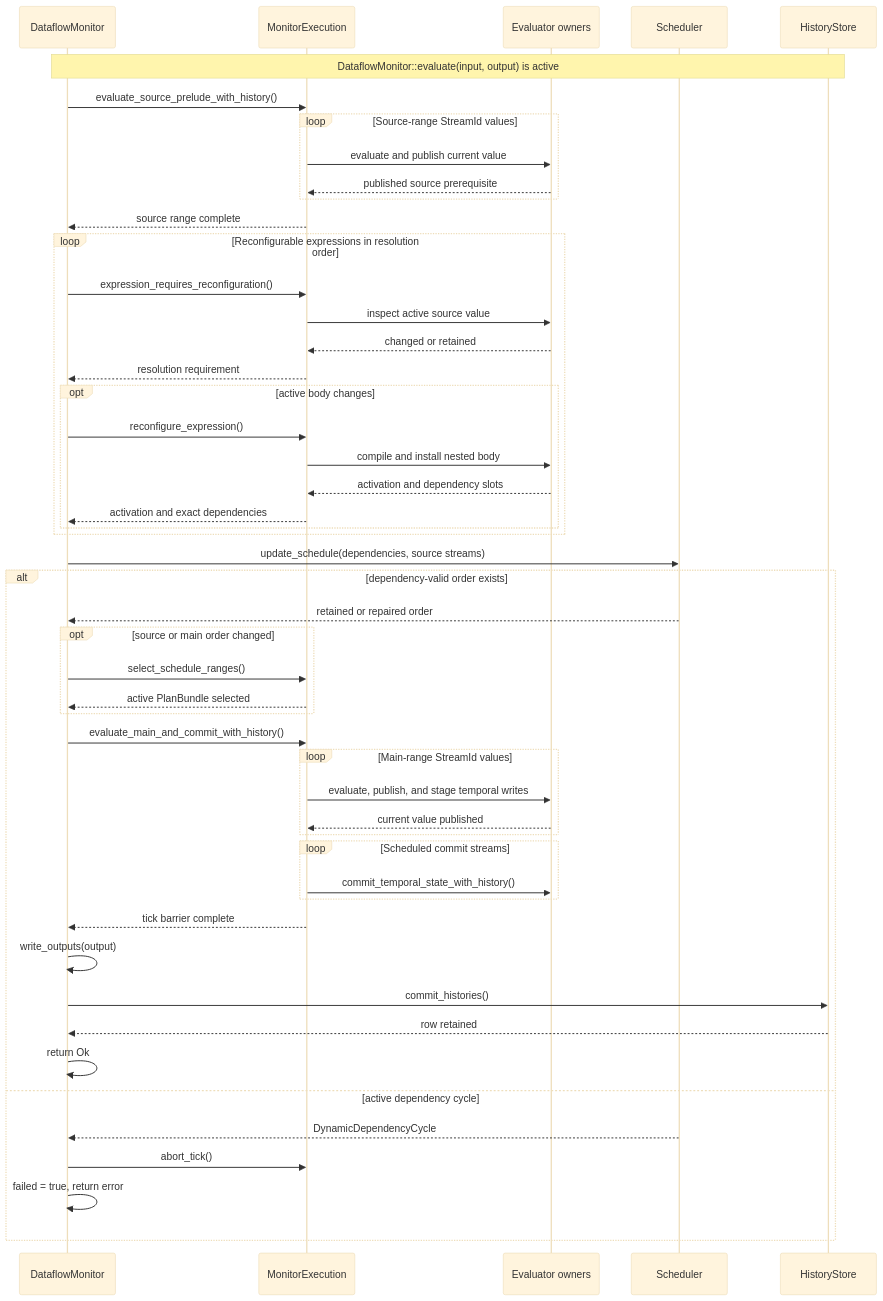
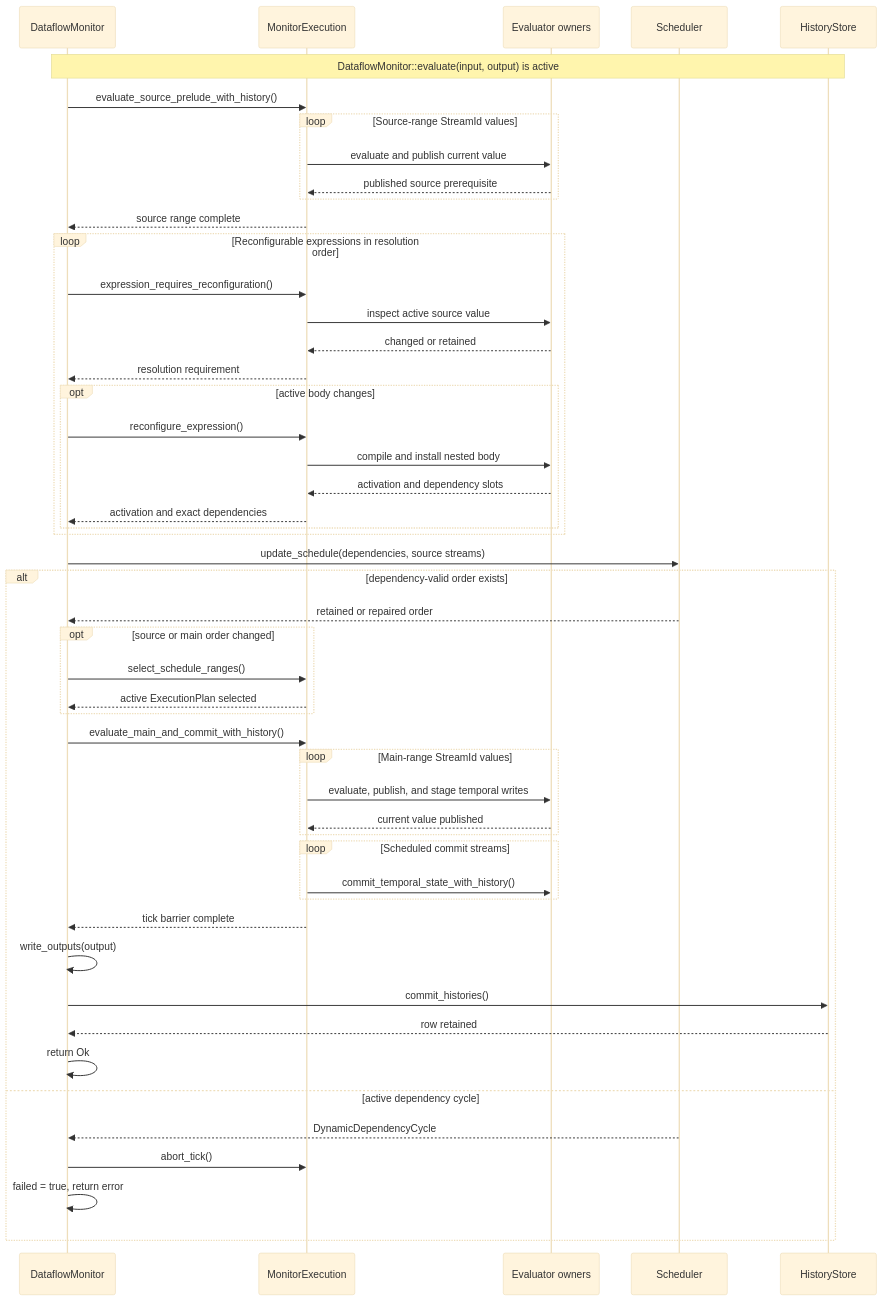
Before and after one commit to INTO-CPS-Association/robosapiens-trustworthiness-checker: the diagram in docs/src/architecture/dataflow/tick-execution.md, drawn with Mermaid (base theme). The commit also changed other lines of this file and 64 other files, not shown here.

Commit message:
Document dataflow architecture and execution contracts

````diff
--- a/docs/src/architecture/dataflow/tick-execution.md
+++ b/docs/src/architecture/dataflow/tick-execution.md
@@ -45,56 +45,56 @@
 ```mermaid
 sequenceDiagram
     accTitle: One reconfigurable DataflowMonitor evaluation
     accDescr: A caller asks DataflowMonitor to evaluate one row. MonitorExecution evaluates the source range through stable Evaluator owners. DataflowMonitor resolves nested bodies and asks Scheduler to validate or repair the active order. MonitorExecution then evaluates the disjoint main range and commits evaluator temporal state. Only after that success does DataflowMonitor project outputs and commit HistoryStore values. A dynamic cycle aborts the tick and makes the monitor terminal.
 
     participant monitor as DataflowMonitor
     participant execution as MonitorExecution
     participant evaluator as Evaluator owners
     participant scheduler as Scheduler
     participant history as HistoryStore
 
     Note over monitor,history: DataflowMonitor::evaluate(input, output) is active
     monitor->>execution: evaluate_source_prelude_with_history()
     loop Source-range StreamId values
         execution->>evaluator: evaluate and publish current value
         evaluator-->>execution: published source prerequisite
     end
     execution-->>monitor: source range complete
     loop Reconfigurable expressions in resolution order
         monitor->>execution: expression_requires_reconfiguration()
         execution->>evaluator: inspect active source value
         evaluator-->>execution: changed or retained
         execution-->>monitor: resolution requirement
         opt active body changes
             monitor->>execution: reconfigure_expression()
             execution->>evaluator: compile and install nested body
             evaluator-->>execution: activation and dependency slots
             execution-->>monitor: activation and exact dependencies
         end
     end
     monitor->>scheduler: update_schedule(dependencies, source streams)
     alt dependency-valid order exists
         scheduler-->>monitor: retained or repaired order
         opt source or main order changed
             monitor->>execution: select_schedule_ranges()
-            execution-->>monitor: active PlanBundle selected
+            execution-->>monitor: active ExecutionPlan selected
         end
         monitor->>execution: evaluate_main_and_commit_with_history()
         loop Main-range StreamId values
             execution->>evaluator: evaluate, publish, and stage temporal writes
             evaluator-->>execution: current value published
         end
         loop Scheduled commit streams
             execution->>evaluator: commit_temporal_state_with_history()
         end
         execution-->>monitor: tick barrier complete
         monitor->>monitor: write_outputs(output)
         monitor->>history: commit_histories()
         history-->>monitor: row retained
         monitor->>monitor: return Ok
     else active dependency cycle
         scheduler-->>monitor: DynamicDependencyCycle
         monitor->>execution: abort_tick()
         monitor->>monitor: failed = true, return error
     end
 ```
````
